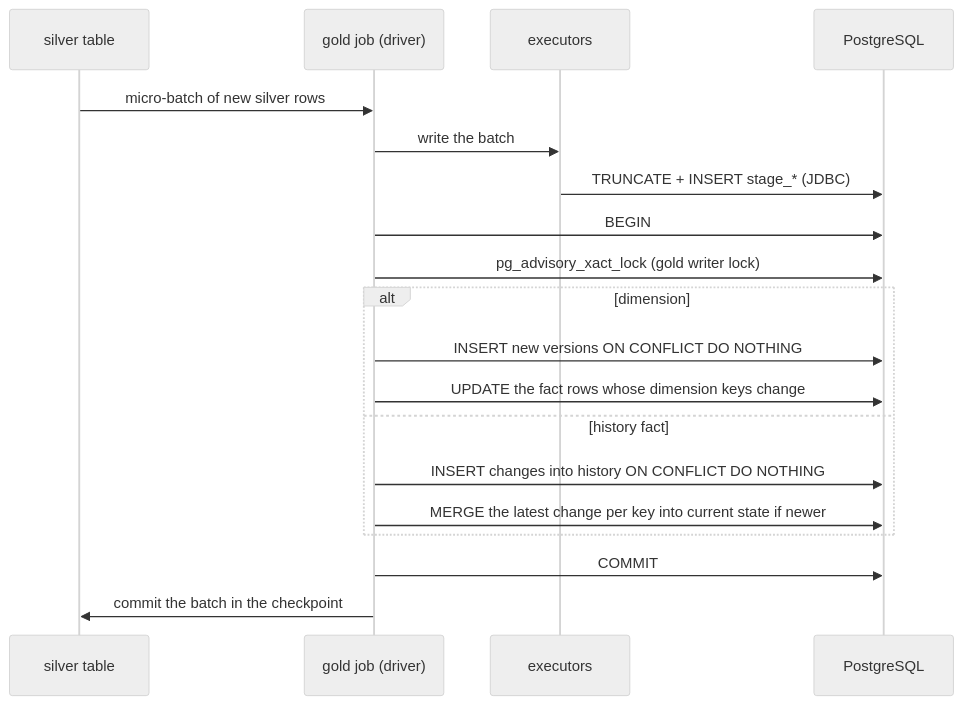
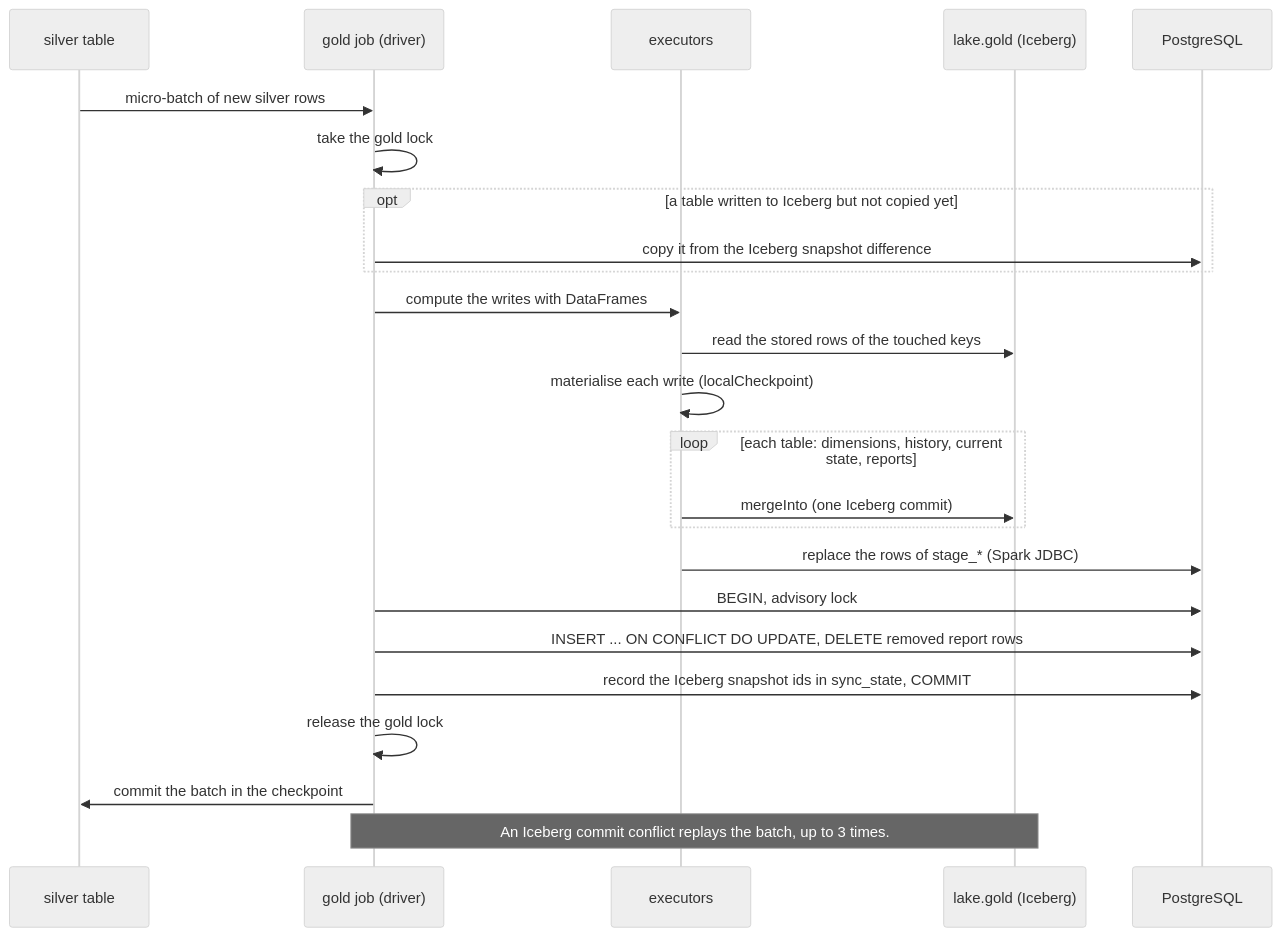
The first of 4 diagrams in docs/lakehouse/gold/writer.md (jonathan5p/deel-home-task), drawn with Mermaid (neutral theme) before and after one commit. The commit also changed other lines of this file and 5 other files, not shown here.

Commit message:
docs(gold): describe gold built by Spark on Iceberg with PostgreSQL as serving copy

````diff
--- a/docs/lakehouse/gold/writer.md
+++ b/docs/lakehouse/gold/writer.md
@@ -65,21 +78,26 @@
 ```mermaid
 sequenceDiagram
     participant S as silver table
     participant J as gold job (driver)
     participant X as executors
+    participant L as lake.gold (Iceberg)
     participant P as PostgreSQL
     S->>J: micro-batch of new silver rows
-    J->>X: write the batch
-    X->>P: TRUNCATE + INSERT stage_* (JDBC)
-    J->>P: BEGIN
-    J->>P: pg_advisory_xact_lock (gold writer lock)
-    alt dimension
-        J->>P: INSERT new versions ON CONFLICT DO NOTHING
-        J->>P: UPDATE the fact rows whose dimension keys change
-    else history fact
-        J->>P: INSERT changes into history ON CONFLICT DO NOTHING
-        J->>P: MERGE the latest change per key into current state if newer
+    J->>J: take the gold lock
+    opt a table written to Iceberg but not copied yet
+        J->>P: copy it from the Iceberg snapshot difference
     end
-    J->>P: COMMIT
+    J->>X: compute the writes with DataFrames
+    X->>L: read the stored rows of the touched keys
+    X->>X: materialise each write (localCheckpoint)
+    loop each table: dimensions, history, current state, reports
+        X->>L: mergeInto (one Iceberg commit)
+    end
+    X->>P: replace the rows of stage_* (Spark JDBC)
+    J->>P: BEGIN, advisory lock
+    J->>P: INSERT ... ON CONFLICT DO UPDATE, DELETE removed report rows
+    J->>P: record the Iceberg snapshot ids in sync_state, COMMIT
+    J->>J: release the gold lock
     J->>S: commit the batch in the checkpoint
+    Note over J,L: An Iceberg commit conflict replays the batch, up to 3 times.
 ```
````
